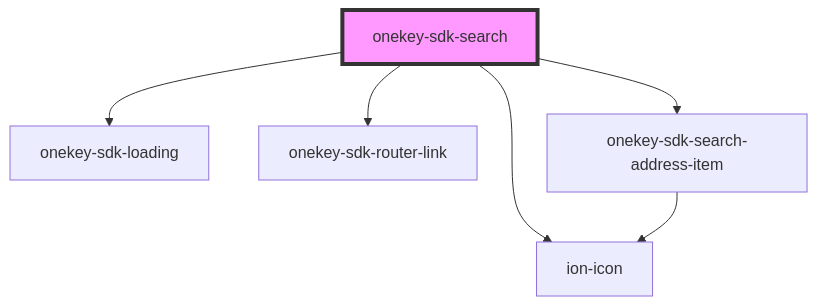
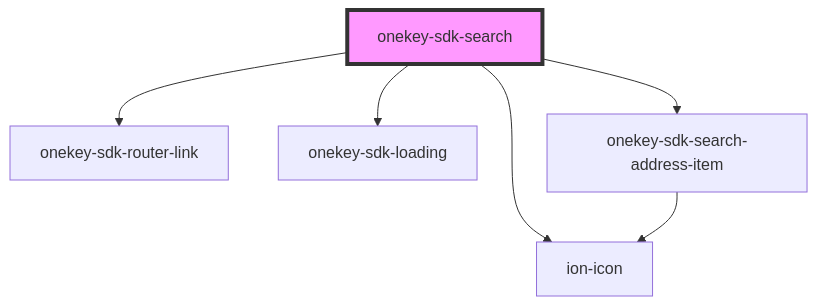
One commit to hcl-sdk/HealthCareLocatorWebSDK changed the diagram in packages/onekey-sdk-core-ui/docs/components/screens/onekey-sdk-search/readme.md. Above: the diagram before and after it, drawn with Mermaid. The commit also changed other lines of this file and 13 other files, not shown here.

````diff
--- a/packages/onekey-sdk-core-ui/docs/components/screens/onekey-sdk-search/readme.md
+++ b/packages/onekey-sdk-core-ui/docs/components/screens/onekey-sdk-search/readme.md
@@ -18,9 +18,9 @@
 ```mermaid
 graph TD;
-  onekey-sdk-search --> onekey-sdk-loading
   onekey-sdk-search --> onekey-sdk-router-link
   onekey-sdk-search --> ion-icon
+  onekey-sdk-search --> onekey-sdk-loading
   onekey-sdk-search --> onekey-sdk-search-address-item
   onekey-sdk-search-address-item --> ion-icon
   style onekey-sdk-search fill:#f9f,stroke:#333,stroke-width:4px
 ```
````
